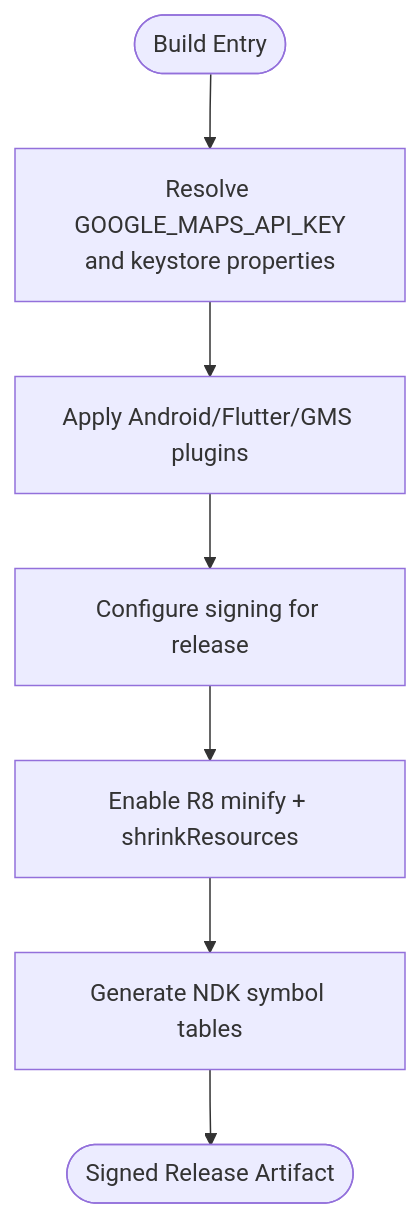
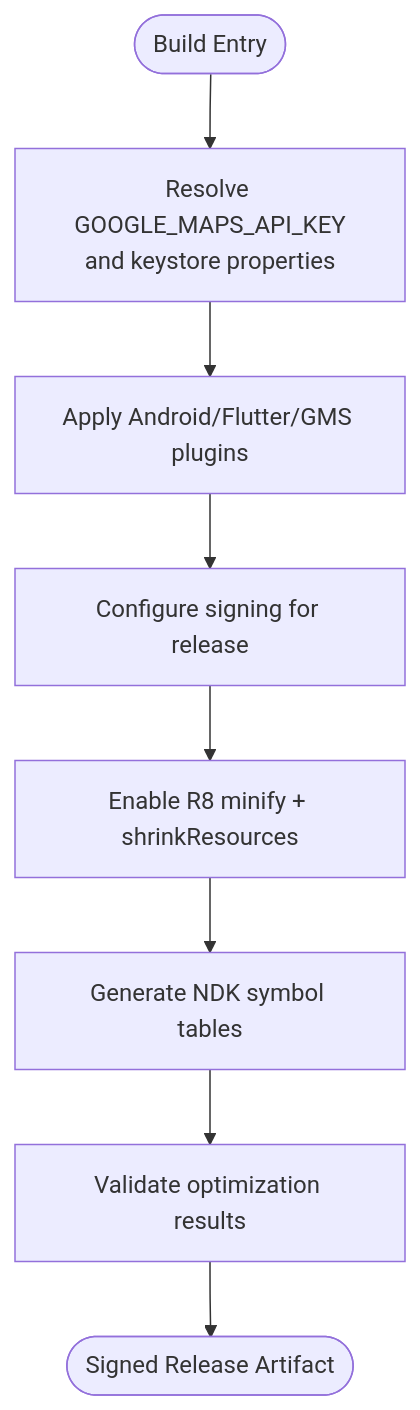
Before and after one commit to Advanstech/Lidapay-shop: the fourth of 4 diagrams in .qoder/repowiki/en/content/Deployment & Build Process/Android Build & Deployment.md, drawn with Mermaid. The commit also changed other lines of this file and 174 other files, not shown here.

````diff
--- a/.qoder/repowiki/en/content/Deployment & Build Process/Android Build & Deployment.md
+++ b/.qoder/repowiki/en/content/Deployment & Build Process/Android Build & Deployment.md
@@ -334,9 +376,10 @@
 ```mermaid
 flowchart TD
 Start(["Build Entry"]) --> ResolveKeys["Resolve GOOGLE_MAPS_API_KEY<br/>and keystore properties"]
 ResolveKeys --> Config["Apply Android/Flutter/GMS plugins"]
 Config --> Sign["Configure signing for release"]
 Sign --> Optimize["Enable R8 minify + shrinkResources"]
 Optimize --> Symbols["Generate NDK symbol tables"]
-Symbols --> Output(["Signed Release Artifact"])
+Symbols --> Validate["Validate optimization results"]
+Validate --> Output(["Signed Release Artifact"])
 ```
````
